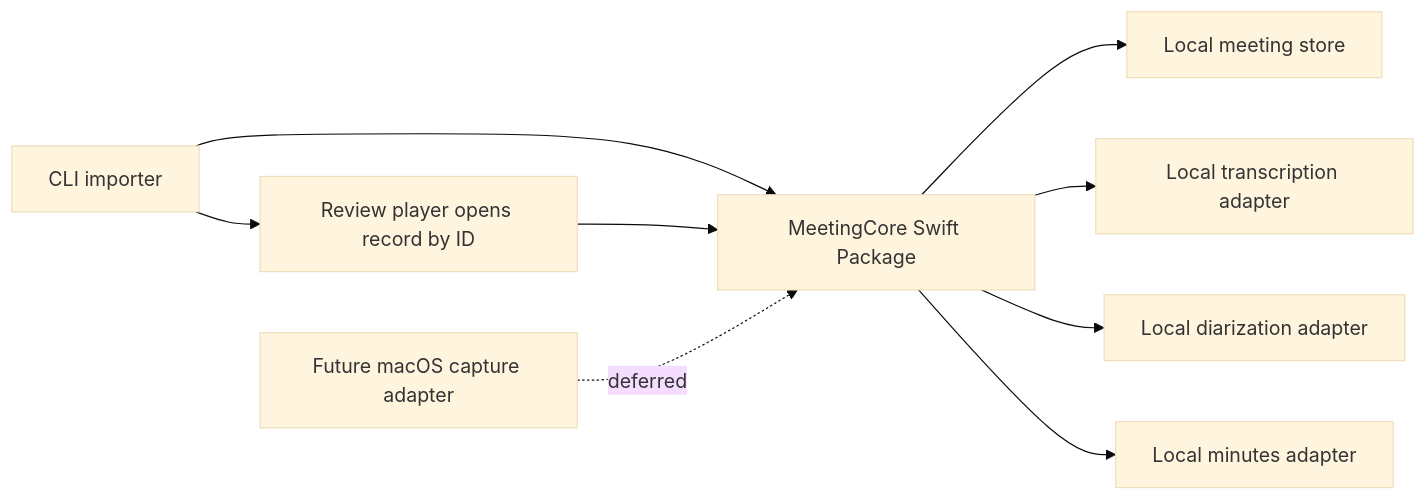
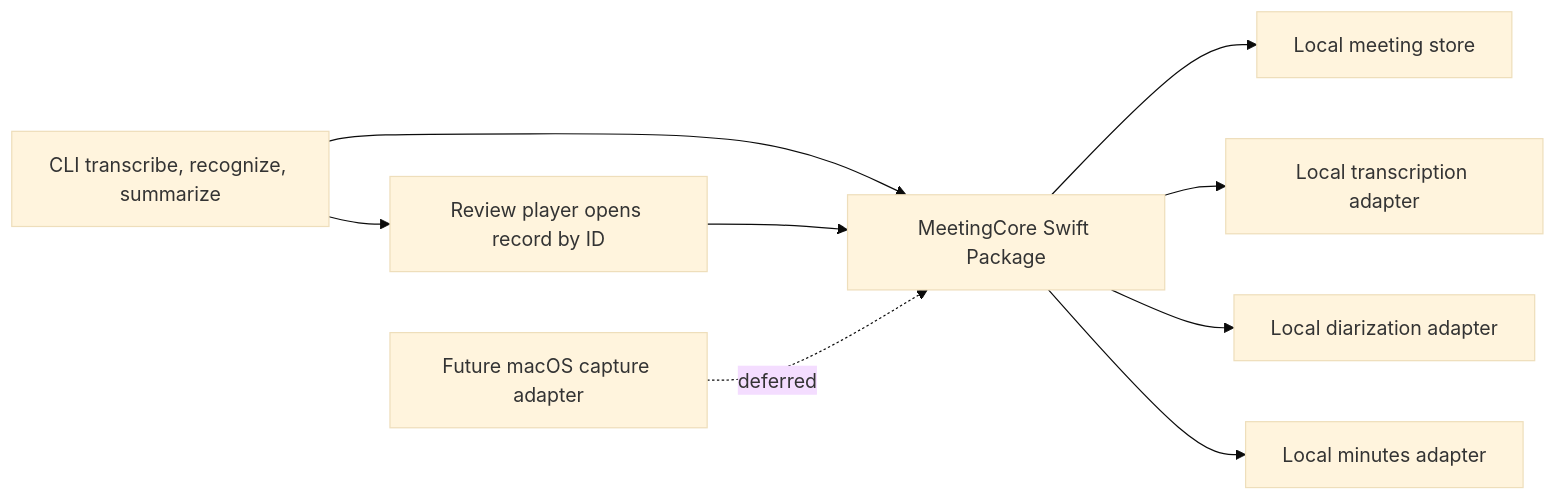
One commit to rstyczynski/meeting_minutes changed the diagram in docs/architecture.md. Above: the diagram before and after it, drawn with Mermaid (base theme). The commit also changed other lines of this file and 40 other files, not shown here.

````diff
--- a/docs/architecture.md
+++ b/docs/architecture.md
@@ -27,11 +25,11 @@
 ```mermaid
 flowchart LR
-    CLI[CLI importer] --> Core[MeetingCore Swift Package]
+    CLI[CLI transcribe, recognize, summarize] --> Core[MeetingCore Swift Package]
     UI[SwiftUI macOS app] --> Core
     Core --> Store[Local meeting store]
     Core --> Transcript[Local transcription adapter]
     Core --> Attribution[Local diarization adapter]
     Core --> Minutes[Local minutes adapter]
     CLI --> UI[Review player opens record by ID]
     FutureCapture[Future macOS capture adapter] -. deferred .-> Core
 ```
````
